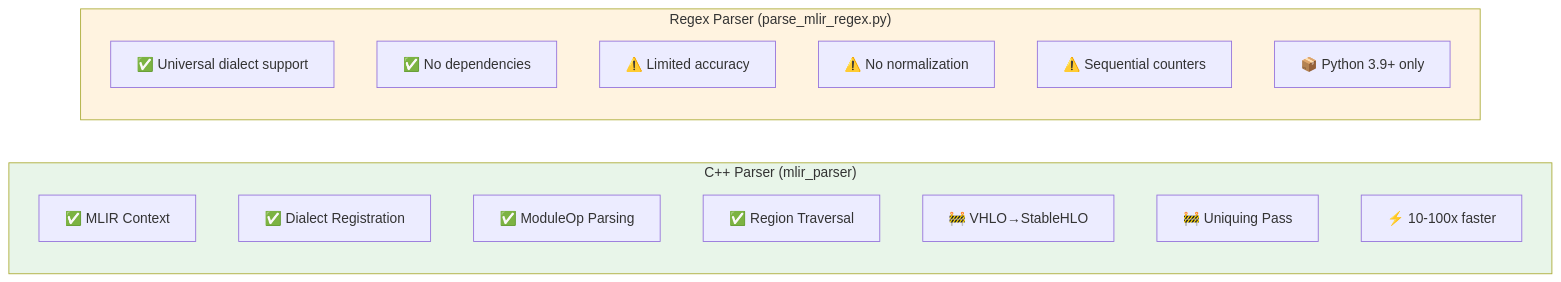
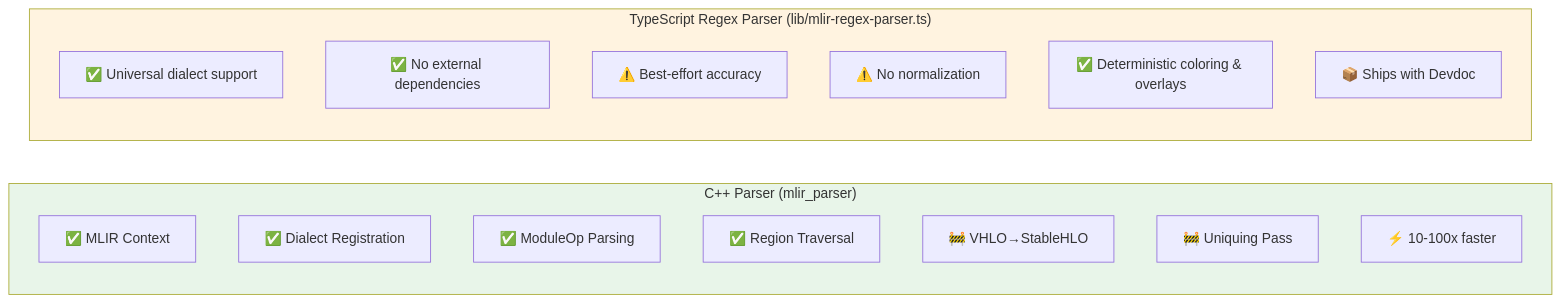
The second of 2 diagrams in src/mlir/README.md (litanlitudan/devdoc), drawn with Mermaid before and after one commit. The commit also changed other lines of this file and 10 other files, not shown here.

First line of the commit message:
Refactor MLIR Parser Integration and Update Documentation

````diff
--- a/src/mlir/README.md
+++ b/src/mlir/README.md
@@ -37,24 +32,24 @@
 ```mermaid
 graph LR
     subgraph CPP["C++ Parser (mlir_parser)"]
         CPP1["✅ MLIR Context"]
         CPP2["✅ Dialect Registration"]
         CPP3["✅ ModuleOp Parsing"]
         CPP4["✅ Region Traversal"]
         CPP5["🚧 VHLO→StableHLO"]
         CPP6["🚧 Uniquing Pass"]
         CPP7["⚡ 10-100x faster"]
     end
 
-    subgraph REGEX["Regex Parser (parse_mlir_regex.py)"]
+    subgraph REGEX["TypeScript Regex Parser (lib/mlir-regex-parser.ts)"]
         REG1["✅ Universal dialect support"]
-        REG2["✅ No dependencies"]
-        REG3["⚠️ Limited accuracy"]
+        REG2["✅ No external dependencies"]
+        REG3["⚠️ Best-effort accuracy"]
         REG4["⚠️ No normalization"]
-        REG5["⚠️ Sequential counters"]
-        REG6["📦 Python 3.9+ only"]
+        REG5["✅ Deterministic coloring & overlays"]
+        REG6["📦 Ships with Devdoc"]
     end
 
     style CPP fill:#e8f5e9
     style REGEX fill:#fff3e0
 ```
````
